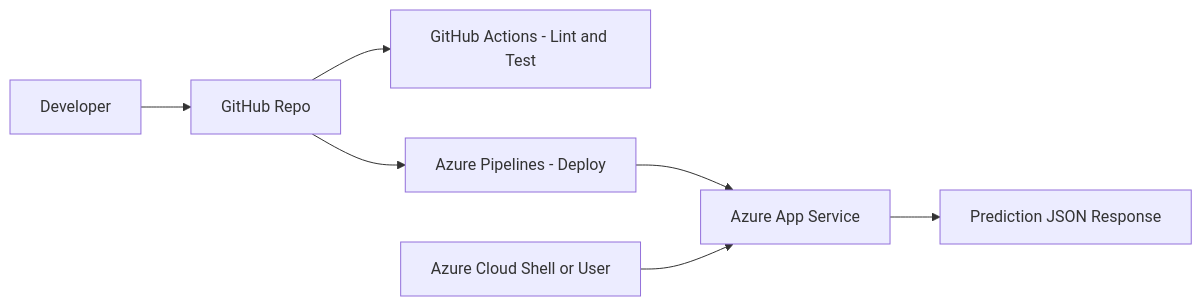
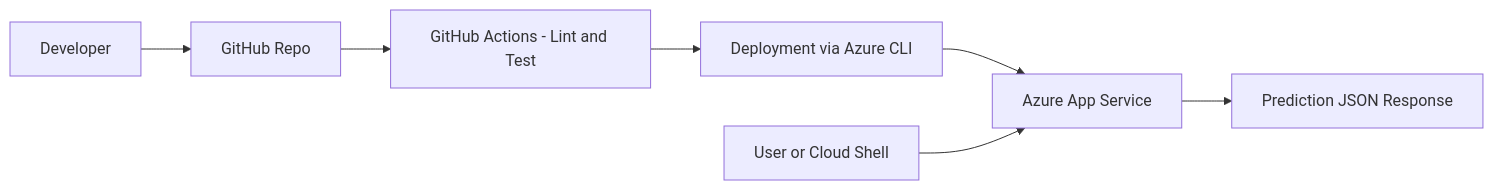
One commit to sbc1133/azure-devops-project-udacity changed the diagram in README.md. Above: the diagram before and after it, drawn with Mermaid. The commit also changed other lines of this file, not shown here.

````diff
--- a/README.md
+++ b/README.md
@@ -37,9 +40,9 @@
 ```mermaid
 flowchart LR
     A[Developer] --> B[GitHub Repo]
     B --> C[GitHub Actions - Lint and Test]
-    B --> D[Azure Pipelines - Deploy]
+    C --> D[Deployment via Azure CLI]
     D --> E[Azure App Service]
-    F[Azure Cloud Shell or User] --> E
+    F[User or Cloud Shell] --> E
     E --> G[Prediction JSON Response]
 ```
````
